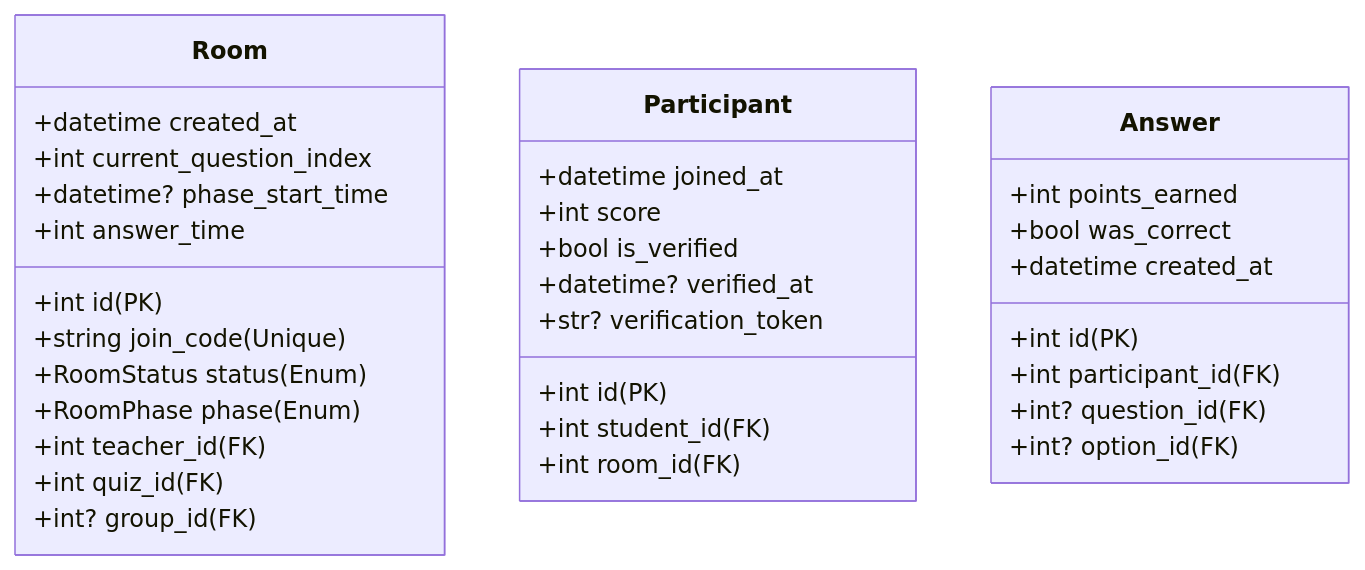
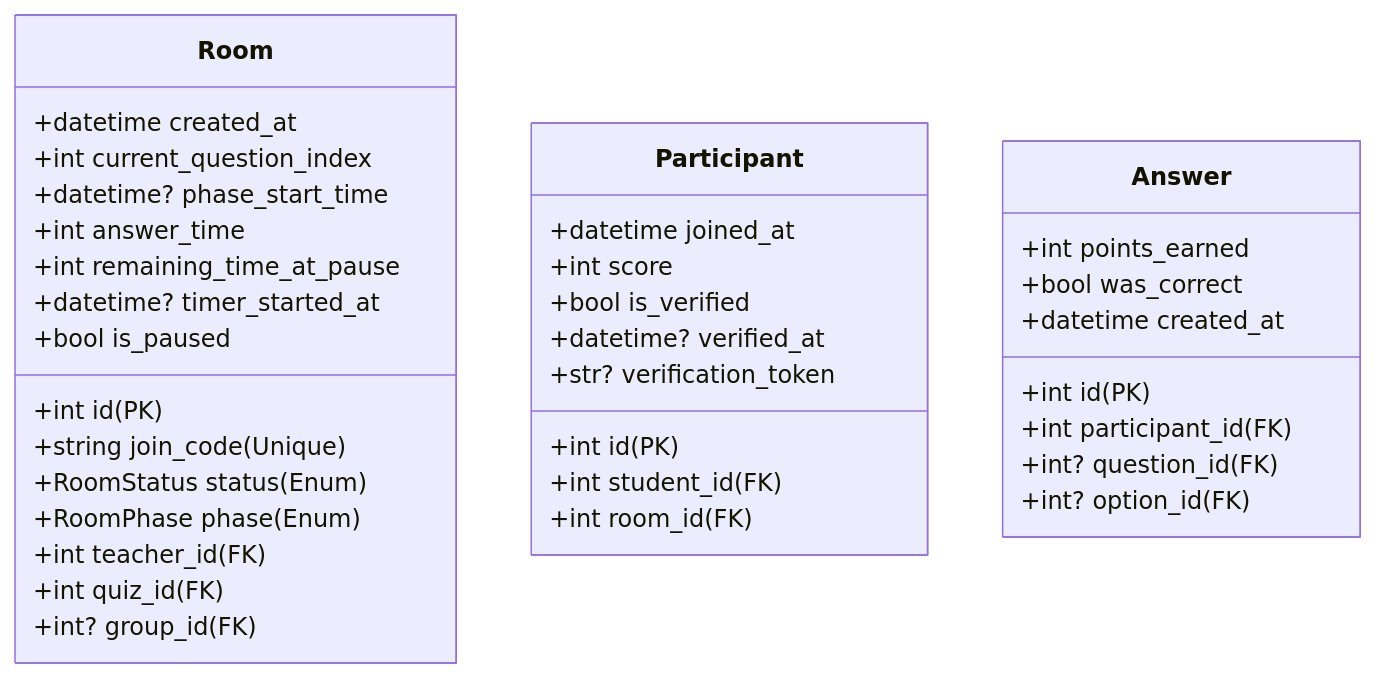
One commit to frangago71/quizzie-TFG changed the third of 4 diagrams in docs/modelo_de_datos.md. Above: the diagram before and after it, drawn with Mermaid. The commit also changed other lines of this file and 6 other files, not shown here.

````diff
--- a/docs/modelo_de_datos.md
+++ b/docs/modelo_de_datos.md
@@ -109,38 +112,41 @@
 ```mermaid
 classDiagram
     direction TB
     class Room {
             +int id (PK)
             +string join_code (Unique)
             +RoomStatus status (Enum)
             +datetime created_at
             +int current_question_index
             +RoomPhase phase (Enum)
             +datetime? phase_start_time
             +int answer_time
+            +int remaining_time_at_pause
+            +datetime? timer_started_at
+            +bool is_paused
             +int teacher_id (FK)
             +int quiz_id (FK)
             +int? group_id (FK)
         }
 
     class Participant {
         +int id (PK)
         +datetime joined_at
         +int score
         +bool is_verified
         +datetime? verified_at  
         +str? verification_token
         +int student_id (FK)
         +int room_id (FK)
     }
 
     class Answer {
         +int id (PK)
         +int points_earned
         +bool was_correct
         +datetime created_at
         +int participant_id (FK)
         +int? question_id (FK)
         +int? option_id (FK)
     }
 ```
````
